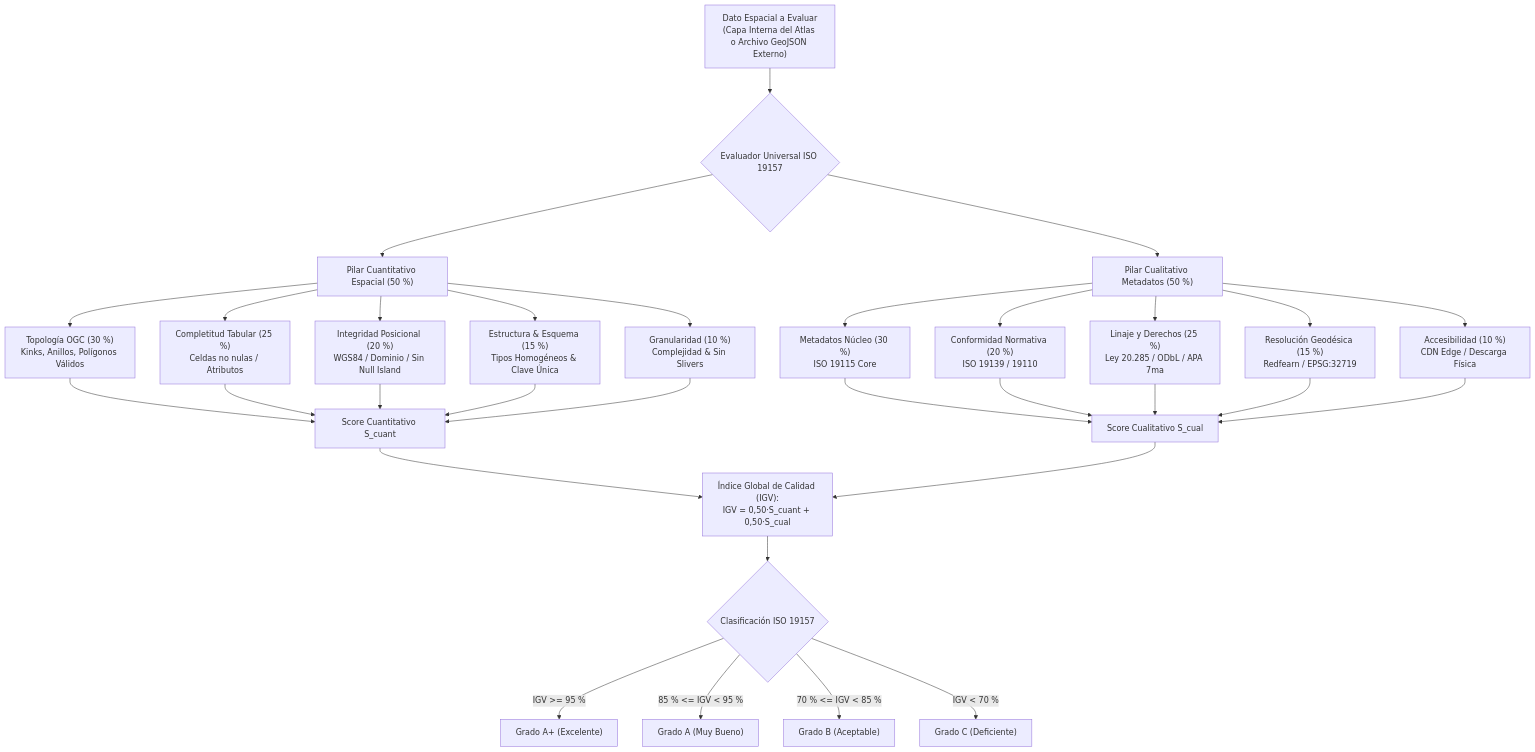
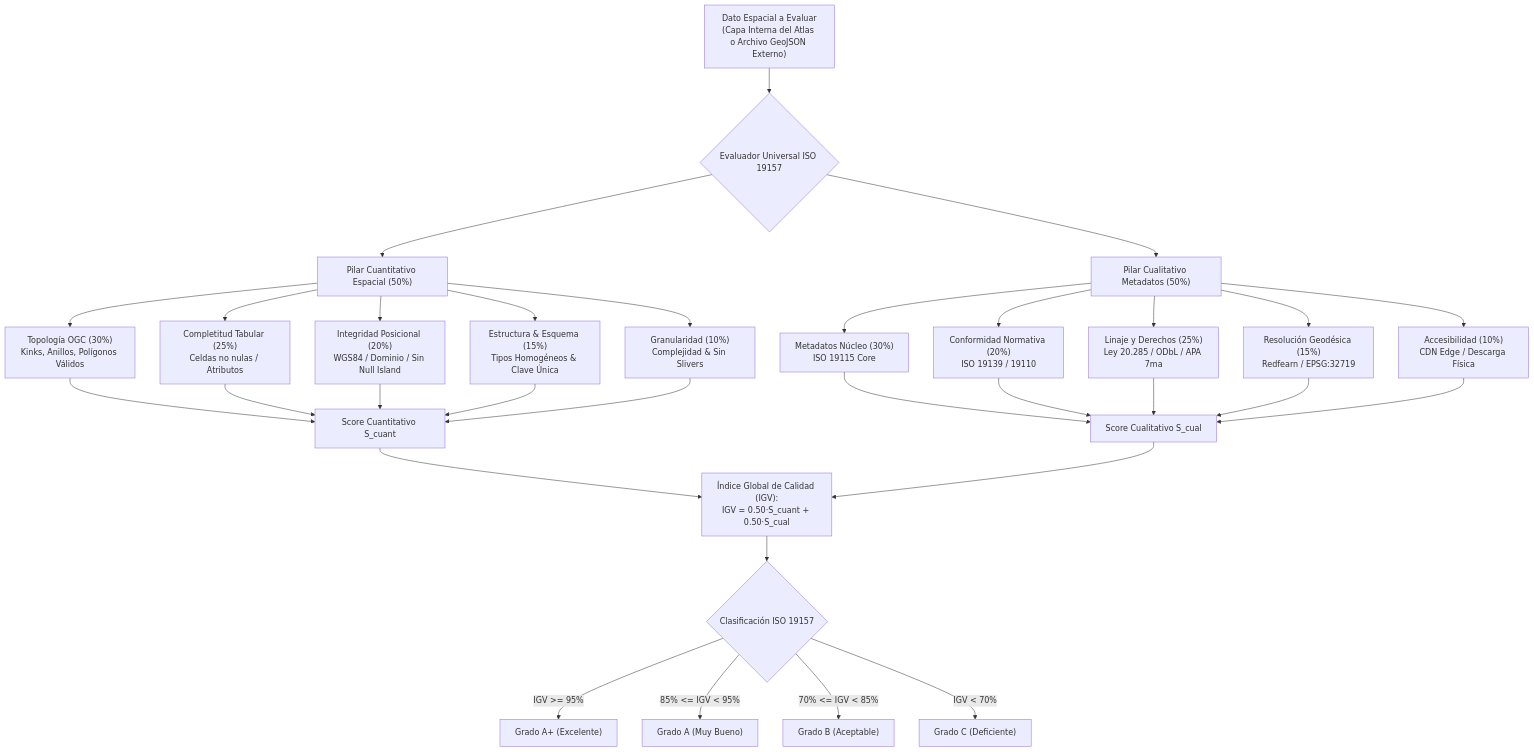
The second of 5 diagrams in docs/ANALISIS_METACALIDAD.md (GEOJOTA/atlas-vgi-barrio-brasil), drawn with Mermaid before and after one commit. The commit also changed other lines of this file and 142 other files, not shown here.

````diff
--- a/docs/ANALISIS_METACALIDAD.md
+++ b/docs/ANALISIS_METACALIDAD.md
@@ -131,24 +131,24 @@
 ```mermaid
 flowchart TD
     DATA["Dato Espacial a Evaluar<br/>(Capa Interna del Atlas o Archivo GeoJSON Externo)"] --> ARQ{"Evaluador Universal ISO 19157"}
-    ARQ --> CUANT["Pilar Cuantitativo Espacial (50 %)"]
-    ARQ --> CUAL["Pilar Cualitativo Metadatos (50 %)"]
-    CUANT --> Q1["Topología OGC (30 %)<br/>Kinks, Anillos, Polígonos Válidos"]
-    CUANT --> Q2["Completitud Tabular (25 %)<br/>Celdas no nulas / Atributos"]
-    CUANT --> Q3["Integridad Posicional (20 %)<br/>WGS84 / Dominio / Sin Null Island"]
-    CUANT --> Q4["Estructura & Esquema (15 %)<br/>Tipos Homogéneos & Clave Única"]
-    CUANT --> Q5["Granularidad (10 %)<br/>Complejidad & Sin Slivers"]
-    CUAL --> C1["Metadatos Núcleo (30 %)<br/>ISO 19115 Core"]
-    CUAL --> C2["Conformidad Normativa (20 %)<br/>ISO 19139 / 19110"]
-    CUAL --> C3["Linaje y Derechos (25 %)<br/>Ley 20.285 / ODbL / APA 7ma"]
-    CUAL --> C4["Resolución Geodésica (15 %)<br/>Redfearn / EPSG:32719"]
-    CUAL --> C5["Accesibilidad (10 %)<br/>CDN Edge / Descarga Física"]
+    ARQ --> CUANT["Pilar Cuantitativo Espacial (50%)"]
+    ARQ --> CUAL["Pilar Cualitativo Metadatos (50%)"]
+    CUANT --> Q1["Topología OGC (30%)<br/>Kinks, Anillos, Polígonos Válidos"]
+    CUANT --> Q2["Completitud Tabular (25%)<br/>Celdas no nulas / Atributos"]
+    CUANT --> Q3["Integridad Posicional (20%)<br/>WGS84 / Dominio / Sin Null Island"]
+    CUANT --> Q4["Estructura & Esquema (15%)<br/>Tipos Homogéneos & Clave Única"]
+    CUANT --> Q5["Granularidad (10%)<br/>Complejidad & Sin Slivers"]
+    CUAL --> C1["Metadatos Núcleo (30%)<br/>ISO 19115 Core"]
+    CUAL --> C2["Conformidad Normativa (20%)<br/>ISO 19139 / 19110"]
+    CUAL --> C3["Linaje y Derechos (25%)<br/>Ley 20.285 / ODbL / APA 7ma"]
+    CUAL --> C4["Resolución Geodésica (15%)<br/>Redfearn / EPSG:32719"]
+    CUAL --> C5["Accesibilidad (10%)<br/>CDN Edge / Descarga Física"]
     Q1 & Q2 & Q3 & Q4 & Q5 --> SC["Score Cuantitativo S_cuant"]
     C1 & C2 & C3 & C4 & C5 --> SL["Score Cualitativo S_cual"]
-    SC & SL --> IGV["Índice Global de Calidad (IGV):<br/>IGV = 0,50·S_cuant + 0,50·S_cual"]
+    SC & SL --> IGV["Índice Global de Calidad (IGV):<br/>IGV = 0.50·S_cuant + 0.50·S_cual"]
     IGV --> G{"Clasificación ISO 19157"}
-    G -->|"IGV >= 95 %"| H1["Grado A+ (Excelente)"]
-    G -->|"85 % <= IGV < 95 %"| H2["Grado A (Muy Bueno)"]
-    G -->|"70 % <= IGV < 85 %"| H3["Grado B (Aceptable)"]
-    G -->|"IGV < 70 %"| H4["Grado C (Deficiente)"]
+    G -->|"IGV >= 95%"| H1["Grado A+ (Excelente)"]
+    G -->|"85% <= IGV < 95%"| H2["Grado A (Muy Bueno)"]
+    G -->|"70% <= IGV < 85%"| H3["Grado B (Aceptable)"]
+    G -->|"IGV < 70%"| H4["Grado C (Deficiente)"]
 ```
````
